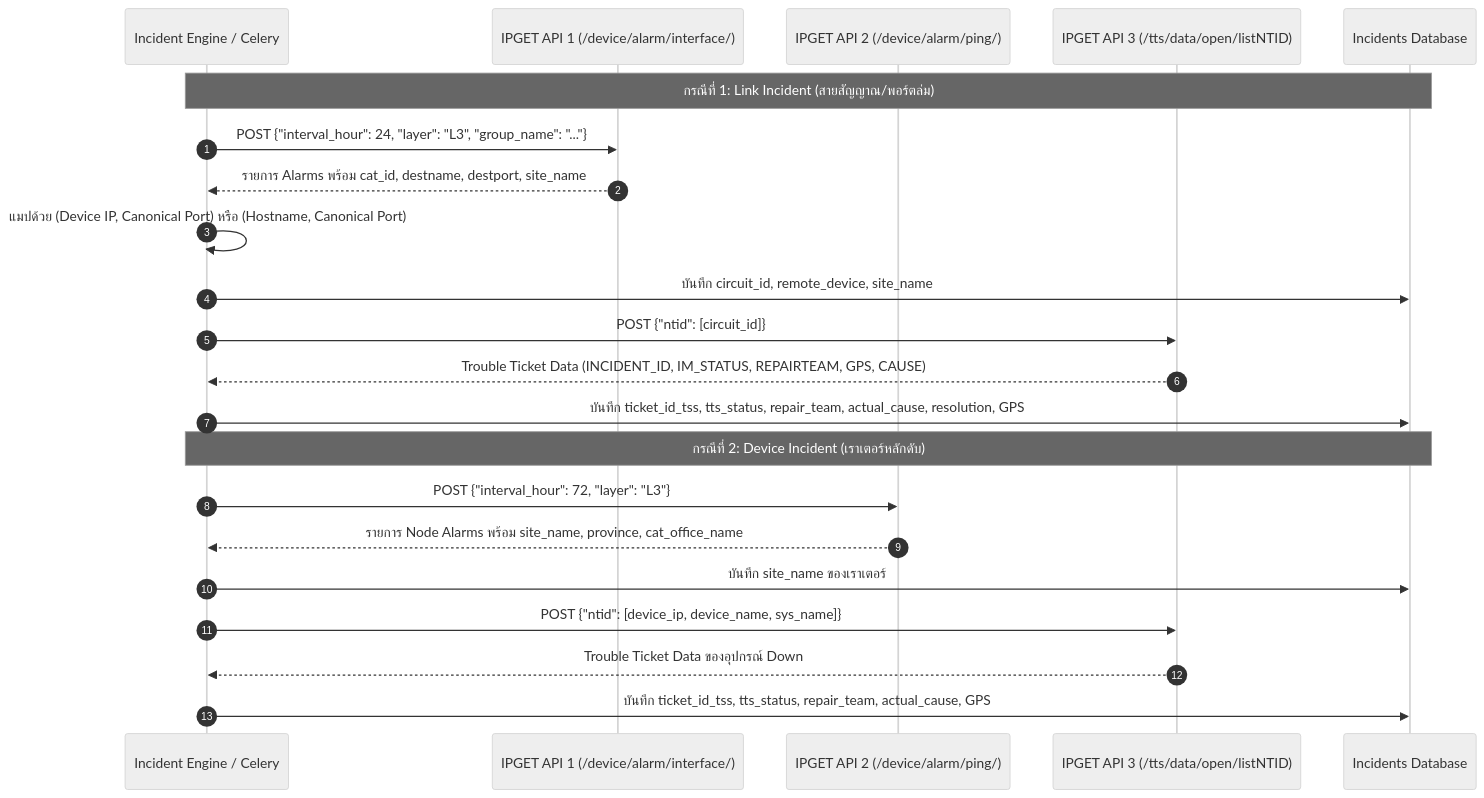
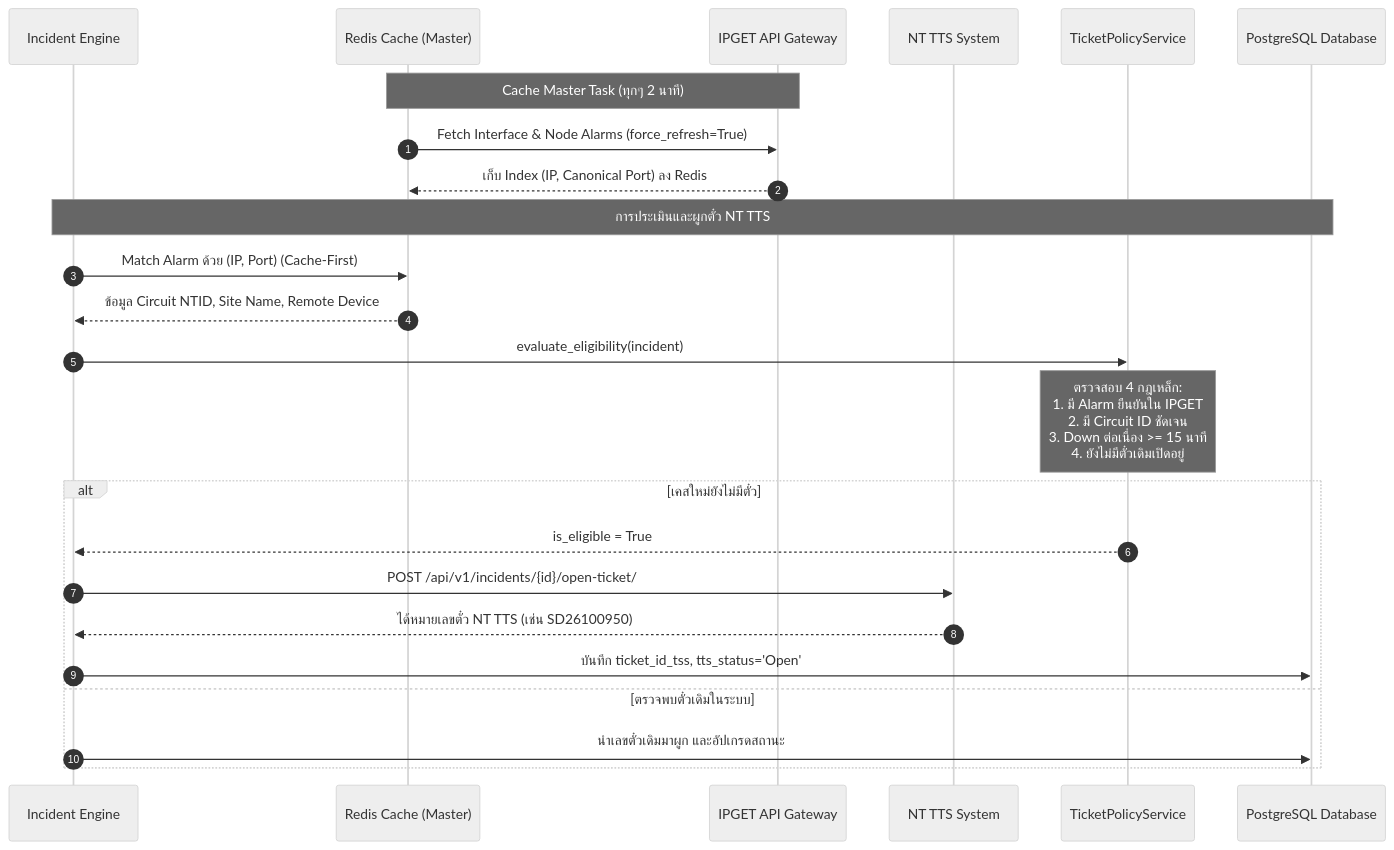
One commit to gnohpmos/event-analyzer changed the fourth of 5 diagrams in system_workflow_update.md. Above: the diagram before and after it, drawn with Mermaid (neutral theme). The commit also changed other lines of this file and 1 other file, not shown here.

Commit message:
feat(osticket): add circuit peer auto-propagation and smart   ticket sync

````diff
--- a/system_workflow_update.md
+++ b/system_workflow_update.md
@@ -214,26 +188,29 @@
 ```mermaid
 sequenceDiagram
     autonumber
-    participant System as Incident Engine / Celery
-    participant IPGET_IF as IPGET API 1 (/device/alarm/interface/)
-    participant IPGET_PING as IPGET API 2 (/device/alarm/ping/)
-    participant TTS as IPGET API 3 (/tts/data/open/listNTID)
-    participant DB as Incidents Database
+    participant Engine as Incident Engine
+    participant Cache as Redis Cache (Master)
+    participant IPGET as IPGET API Gateway
+    participant TTS as NT TTS System
+    participant Policy as TicketPolicyService
+    participant DB as PostgreSQL Database
 
-    Note over System, DB: กรณีที่ 1: Link Incident (สายสัญญาณ/พอร์ตล่ม)
-    System->>IPGET_IF: POST {"interval_hour": 24, "layer": "L3", "group_name": "..."}
-    IPGET_IF-->>System: รายการ Alarms พร้อม cat_id, destname, destport, site_name
-    System->>System: แมปด้วย (Device IP, Canonical Port) หรือ (Hostname, Canonical Port)
-    System->>DB: บันทึก circuit_id, remote_device, site_name
-    System->>TTS: POST {"ntid": [circuit_id]}
-    TTS-->>System: Trouble Ticket Data (INCIDENT_ID, IM_STATUS, REPAIRTEAM, GPS, CAUSE)
-    System->>DB: บันทึก ticket_id_tss, tts_status, repair_team, actual_cause, resolution, GPS
+    Note over Cache, IPGET: Cache Master Task (ทุกๆ 2 นาที)
+    Cache->>IPGET: Fetch Interface & Node Alarms (force_refresh=True)
+    IPGET-->>Cache: เก็บ Index (IP, Canonical Port) ลง Redis
 
-    Note over System, DB: กรณีที่ 2: Device Incident (เราเตอร์หลักดับ)
-    System->>IPGET_PING: POST {"interval_hour": 72, "layer": "L3"}
-    IPGET_PING-->>System: รายการ Node Alarms พร้อม site_name, province, cat_office_name
-    System->>DB: บันทึก site_name ของเราเตอร์
-    System->>TTS: POST {"ntid": [device_ip, device_name, sys_name]}
-    TTS-->>System: Trouble Ticket Data ของอุปกรณ์ Down
-    System->>DB: บันทึก ticket_id_tss, tts_status, repair_team, actual_cause, GPS
+    Note over Engine, DB: การประเมินและผูกตั๋ว NT TTS
+    Engine->>Cache: Match Alarm ด้วย (IP, Port) (Cache-First)
+    Cache-->>Engine: ข้อมูล Circuit NTID, Site Name, Remote Device
+    Engine->>Policy: evaluate_eligibility(incident)
+    Note over Policy: ตรวจสอบ 4 กฎเหล็ก:<br/>1. มี Alarm ยืนยันใน IPGET<br/>2. มี Circuit ID ชัดเจน<br/>3. Down ต่อเนื่อง >= 15 นาที<br/>4. ยังไม่มีตั๋วเดิมเปิดอยู่
+    
+    alt เคสใหม่ยังไม่มีตั๋ว
+        Policy-->>Engine: is_eligible = True
+        Engine->>TTS: POST /api/v1/incidents/{id}/open-ticket/
+        TTS-->>Engine: ได้หมายเลขตั๋ว NT TTS (เช่น SD26100950)
+        Engine->>DB: บันทึก ticket_id_tss, tts_status='Open'
+    else ตรวจพบตั๋วเดิมในระบบ
+        Engine->>DB: นำเลขตั๋วเดิมมาผูก และอัปเกรดสถานะ
+    end
 ```
````
